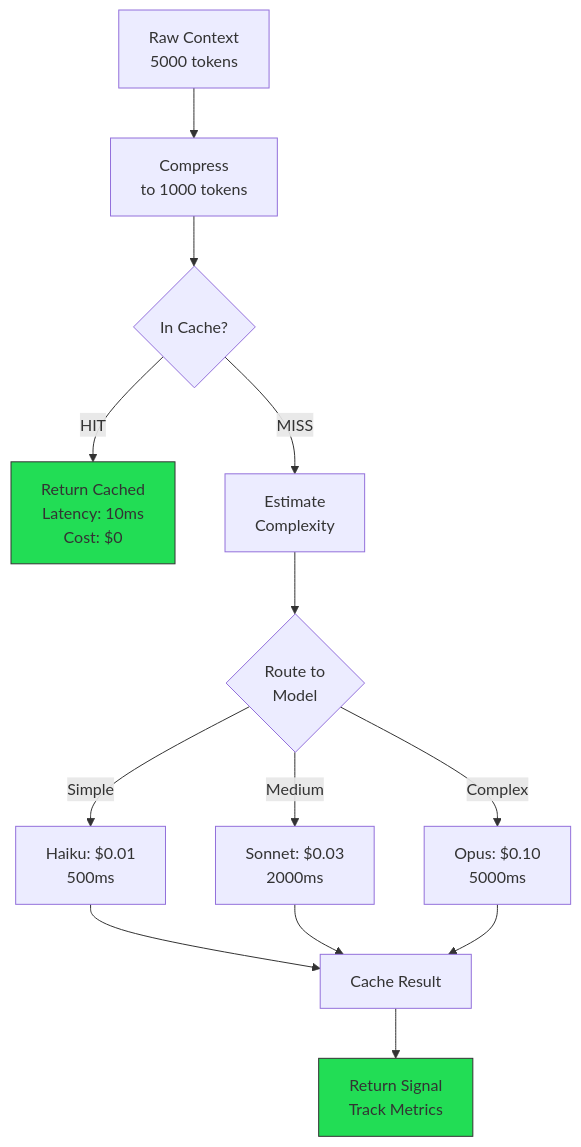
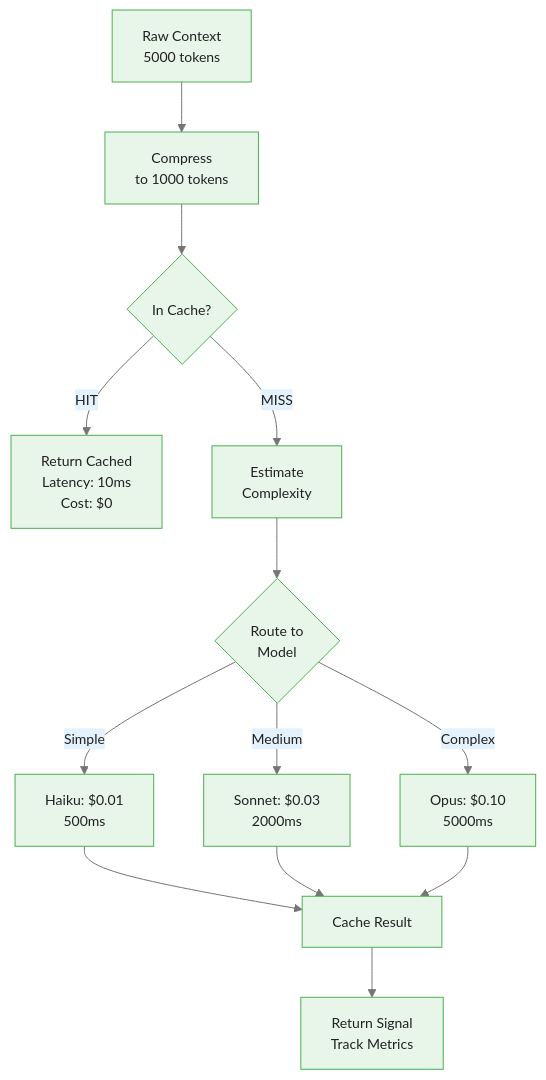
Before and after one commit to m-deane/course-creator: the fifth of 6 diagrams in courses/genai-commodities/modules/module_06_production/guides/03_optimization_slides.md, drawn with Mermaid. The commit also changed other lines of this file and 84 other files, not shown here.

````diff
--- a/courses/genai-commodities/modules/module_06_production/guides/03_optimization_slides.md
+++ b/courses/genai-commodities/modules/module_06_production/guides/03_optimization_slides.md
@@ -340,23 +386,21 @@
 ```mermaid
+%%{init: {"theme": "base", "themeVariables": {"primaryColor": "#e8f5e9", "primaryBorderColor": "#4caf50", "primaryTextColor": "#212121", "secondaryColor": "#e3f2fd", "tertiaryColor": "#fff8e1", "lineColor": "#757575", "fontFamily": "Inter, sans-serif", "fontSize": "14px"}}}%%
 flowchart TD
     A[Raw Context<br/>5000 tokens] --> B[Compress<br/>to 1000 tokens]
     B --> C{In Cache?}
 
     C -->|HIT| D[Return Cached<br/>Latency: 10ms<br/>Cost: $0]
 
     C -->|MISS| E[Estimate<br/>Complexity]
     E --> F{Route to<br/>Model}
 
     F -->|Simple| G[Haiku: $0.01<br/>500ms]
     F -->|Medium| H[Sonnet: $0.03<br/>2000ms]
     F -->|Complex| I[Opus: $0.10<br/>5000ms]
 
     G --> J[Cache Result]
     H --> J
     I --> J
 
     J --> K[Return Signal<br/>Track Metrics]
-
-    style D fill:#2d5,stroke:#333
-    style K fill:#2d5,stroke:#333
 ```
````
